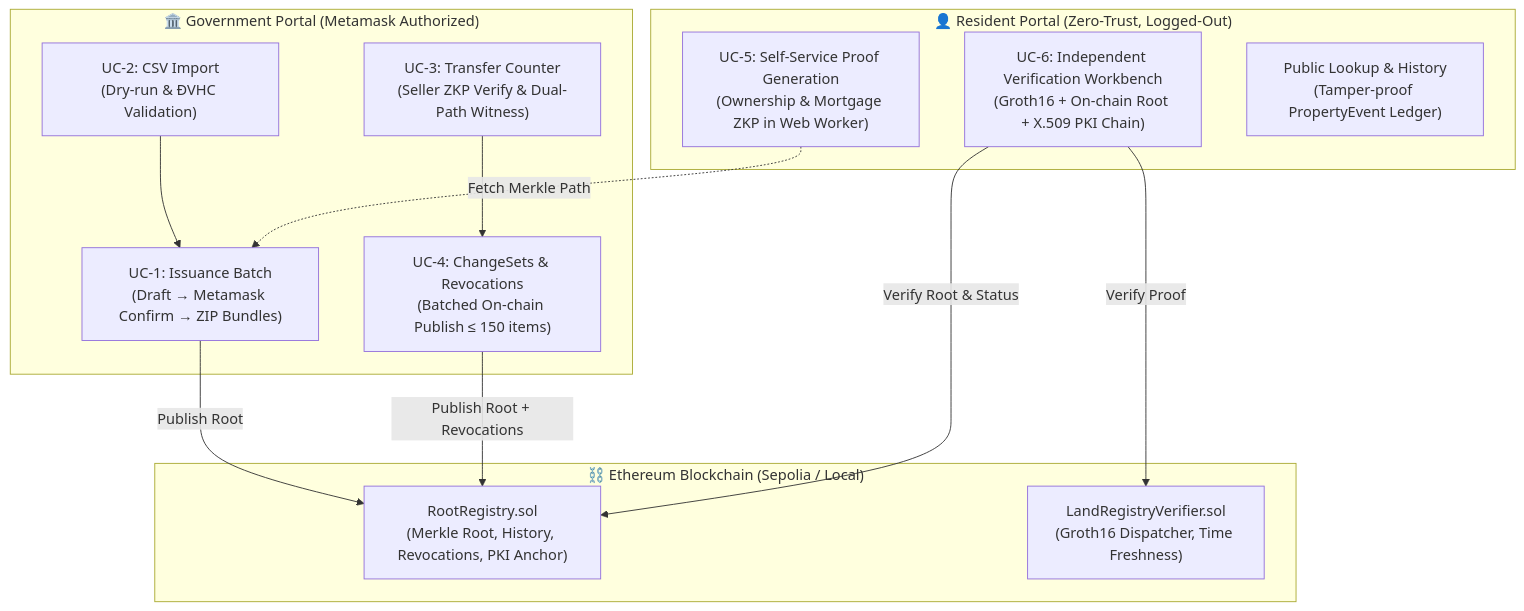
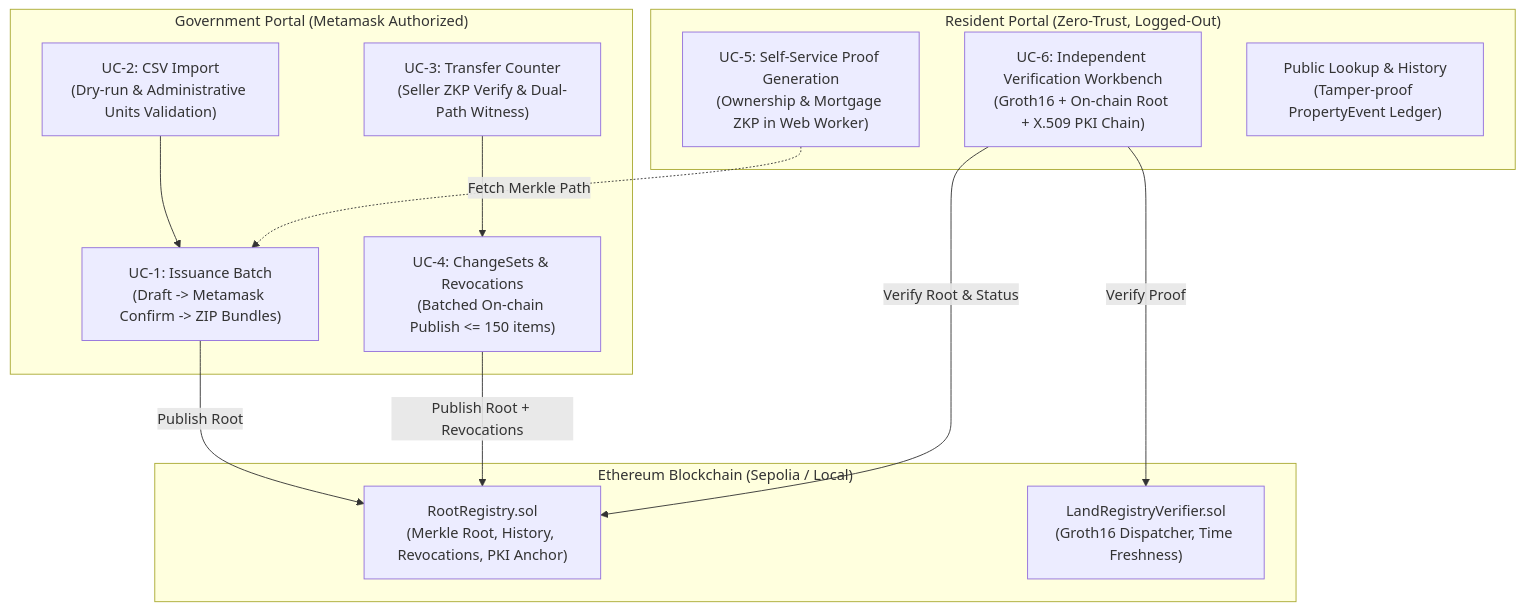
Before and after one commit to SnowAceAlex/land-registry-zkp: the diagram in README.md, drawn with Mermaid. The commit also changed other lines of this file, not shown here.

````diff
--- a/README.md
+++ b/README.md
@@ -55,24 +55,24 @@
 ```mermaid
 flowchart TD
-    subgraph Government Portal ["🏛️ Government Portal (Metamask Authorized)"]
-        UC2["UC-2: CSV Import<br/>(Dry-run & ĐVHC Validation)"] --> UC1["UC-1: Issuance Batch<br/>(Draft → Metamask Confirm → ZIP Bundles)"]
-        UC3["UC-3: Transfer Counter<br/>(Seller ZKP Verify & Dual-Path Witness)"] --> UC4["UC-4: ChangeSets & Revocations<br/>(Batched On-chain Publish ≤ 150 items)"]
+    subgraph Government Portal ["Government Portal (Metamask Authorized)"]
+        UC2["UC-2: CSV Import<br/>(Dry-run & Administrative Units Validation)"] --> UC1["UC-1: Issuance Batch<br/>(Draft -> Metamask Confirm -> ZIP Bundles)"]
+        UC3["UC-3: Transfer Counter<br/>(Seller ZKP Verify & Dual-Path Witness)"] --> UC4["UC-4: ChangeSets & Revocations<br/>(Batched On-chain Publish <= 150 items)"]
     end
 
-    subgraph Blockchain ["⛓️ Ethereum Blockchain (Sepolia / Local)"]
+    subgraph Blockchain ["Ethereum Blockchain (Sepolia / Local)"]
         RR["RootRegistry.sol<br/>(Merkle Root, History, Revocations, PKI Anchor)"]
         LRV["LandRegistryVerifier.sol<br/>(Groth16 Dispatcher, Time Freshness)"]
     end
 
-    subgraph Resident Portal ["👤 Resident Portal (Zero-Trust, Logged-Out)"]
+    subgraph Resident Portal ["Resident Portal (Zero-Trust, Logged-Out)"]
         UC5["UC-5: Self-Service Proof Generation<br/>(Ownership & Mortgage ZKP in Web Worker)"]
         UC6["UC-6: Independent Verification Workbench<br/>(Groth16 + On-chain Root + X.509 PKI Chain)"]
         HIST["Public Lookup & History<br/>(Tamper-proof PropertyEvent Ledger)"]
     end
 
     UC1 -->|Publish Root| RR
     UC4 -->|Publish Root + Revocations| RR
     UC5 -.->|Fetch Merkle Path| UC1
     UC6 -->|Verify Root & Status| RR
     UC6 -->|Verify Proof| LRV
 ```
````
